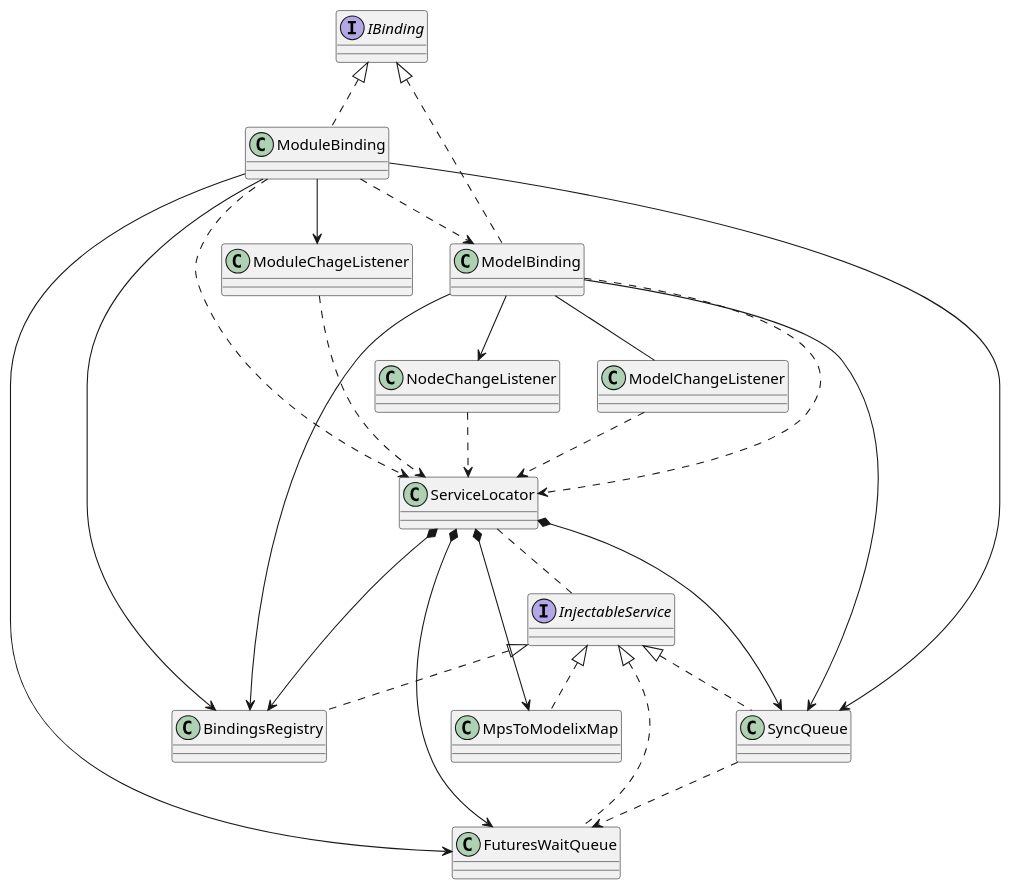
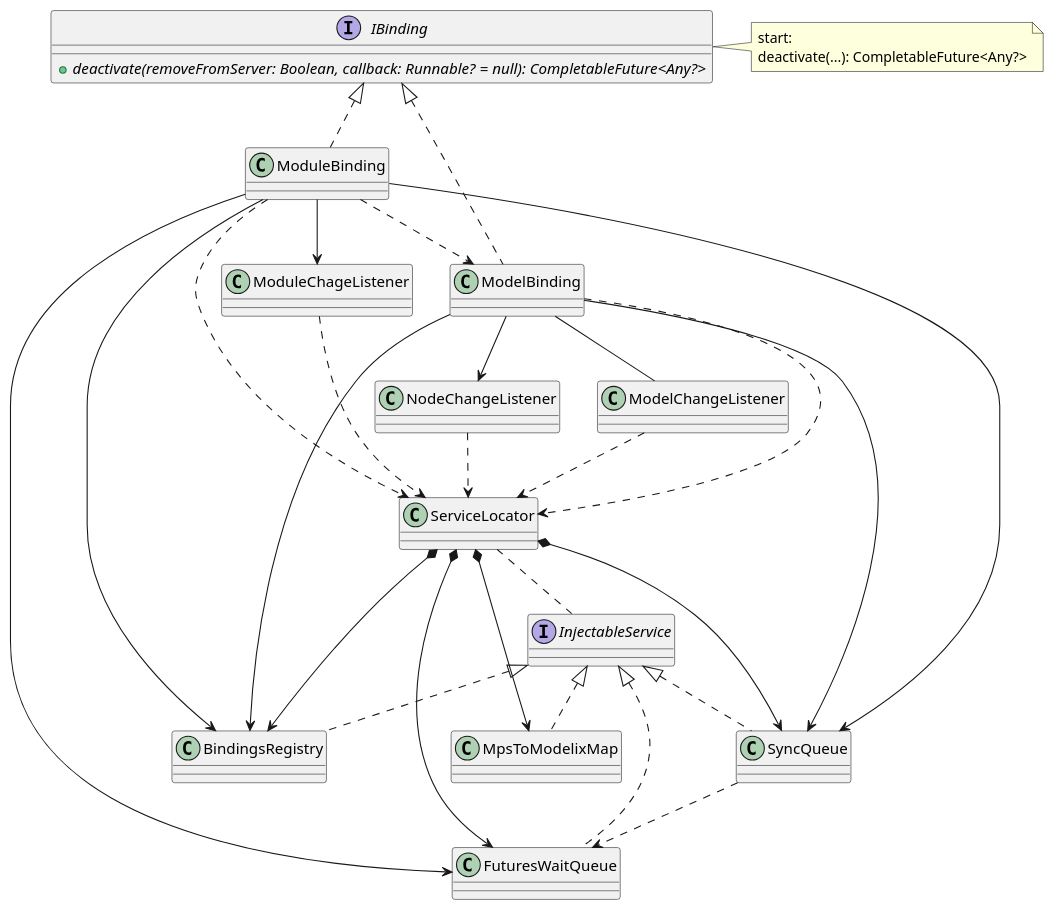
The diagram in docs/mps-sync-plugin/diagrams/Binding-Deactivation/Binding-Deactivation.md (modelix/modelix.mps-plugins), drawn with PlantUML before and after one commit. The commit also changed 5 other files, not shown here.

Commit message:
docs(mps-sync-plugin): Add 'Modelix to MPS Initial Synchronization' figure

```diff
--- a/docs/mps-sync-plugin/diagrams/Binding-Deactivation/Binding-Deactivation.md
+++ b/docs/mps-sync-plugin/diagrams/Binding-Deactivation/Binding-Deactivation.md
@@ -10,54 +10,57 @@
 @startuml
 'Entities'
-interface "IBinding" as iBinding
+interface IBinding {
++{abstract} deactivate(removeFromServer: Boolean, callback: Runnable? = null): CompletableFuture<Any?>
+}
 class "ModelBinding" as modelBinding
 class "ModuleBinding" as moduleBinding
 
 interface "InjectableService" as injectableService
 class "ServiceLocator" as serviceLocator
 class "BindingsRegistry" as bindingsRegistry
 class "SyncQueue" as syncQueue
 class "MpsToModelixMap" as nodeMap
 class "FuturesWaitQueue" as futuresWaitQueue
 
 class "NodeChangeListener" as nodeChangeListener
 class "ModelChangeListener" as modelChangeListener
 class "ModuleChageListener" as moduleChangeListener
 
 'Relations'
-iBinding <|.. modelBinding
-iBinding <|.. moduleBinding
+IBinding <|.. modelBinding
+IBinding <|.. moduleBinding
 
 serviceLocator *--> bindingsRegistry
 serviceLocator *--> syncQueue
 serviceLocator *--> nodeMap
 serviceLocator *--> futuresWaitQueue
 serviceLocator .. injectableService
 
 injectableService <|.. bindingsRegistry
 injectableService <|.. syncQueue
 injectableService <|.. nodeMap
 injectableService <|.. futuresWaitQueue
 
 modelBinding ..> serviceLocator
 modelBinding --> nodeChangeListener
 modelBinding -- modelChangeListener
 modelBinding --> bindingsRegistry
 modelBinding --> syncQueue
 
 moduleBinding ..> serviceLocator
 moduleBinding --> moduleChangeListener
 moduleBinding ..> modelBinding
 moduleBinding --> bindingsRegistry
 moduleBinding --> syncQueue
 moduleBinding --> futuresWaitQueue
 
 nodeChangeListener ..> serviceLocator
 modelChangeListener ..> serviceLocator
 moduleChangeListener ..> serviceLocator
 
 syncQueue ..> futuresWaitQueue
 
 'Notes'
+note right of IBinding: start:\ndeactivate(...): CompletableFuture<Any?>
 
 @enduml
```
